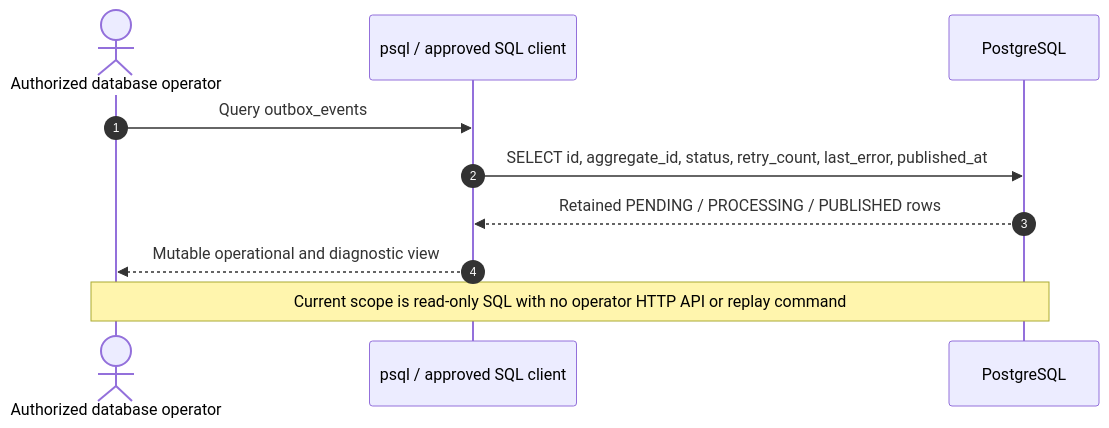
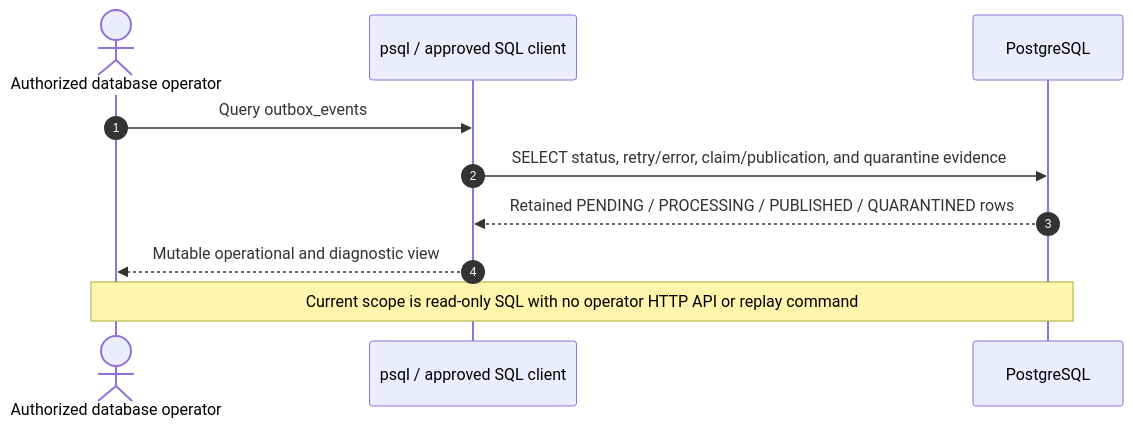
The tenth of 19 diagrams in docs/sequence-diagrams.md (tarunngusain08/transaction-outbox-service), drawn with Mermaid before and after one commit. The commit also changed other lines of this file and 8 other files, not shown here.

````diff
--- a/docs/sequence-diagrams.md
+++ b/docs/sequence-diagrams.md
@@ -284,13 +328,13 @@
 ```mermaid
 sequenceDiagram
     autonumber
     actor Operator as Authorized database operator
     participant PSQL as psql / approved SQL client
     participant DB as PostgreSQL
 
     Operator->>PSQL: Query outbox_events
-    PSQL->>DB: SELECT id, aggregate_id, status, retry_count, last_error, published_at
-    DB-->>PSQL: Retained PENDING / PROCESSING / PUBLISHED rows
+    PSQL->>DB: SELECT status, retry/error, claim/publication, and quarantine evidence
+    DB-->>PSQL: Retained PENDING / PROCESSING / PUBLISHED / QUARANTINED rows
     PSQL-->>Operator: Mutable operational and diagnostic view
     Note over Operator,DB: Current scope is read-only SQL with no operator HTTP API or replay command
 ```
````
